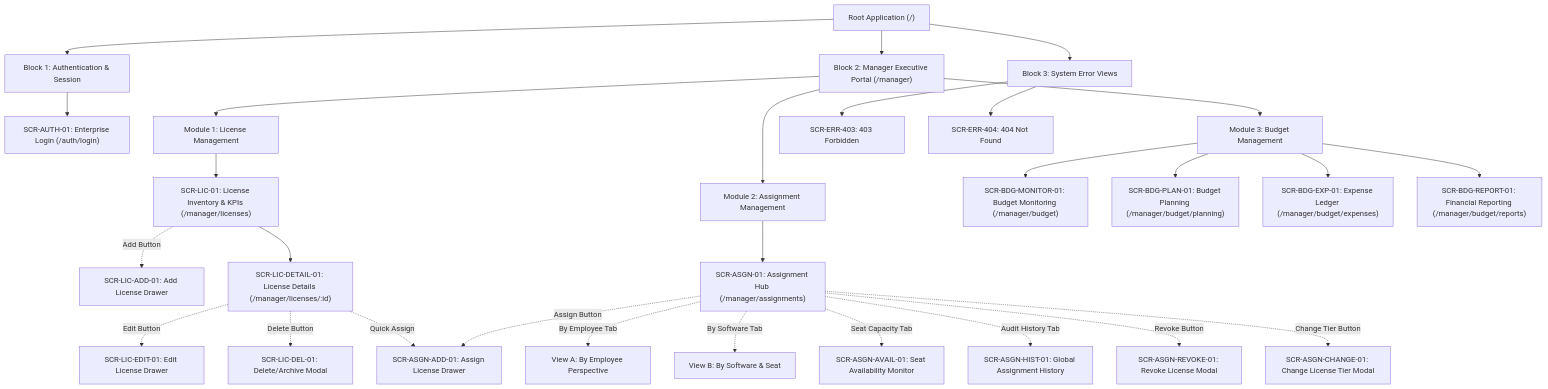
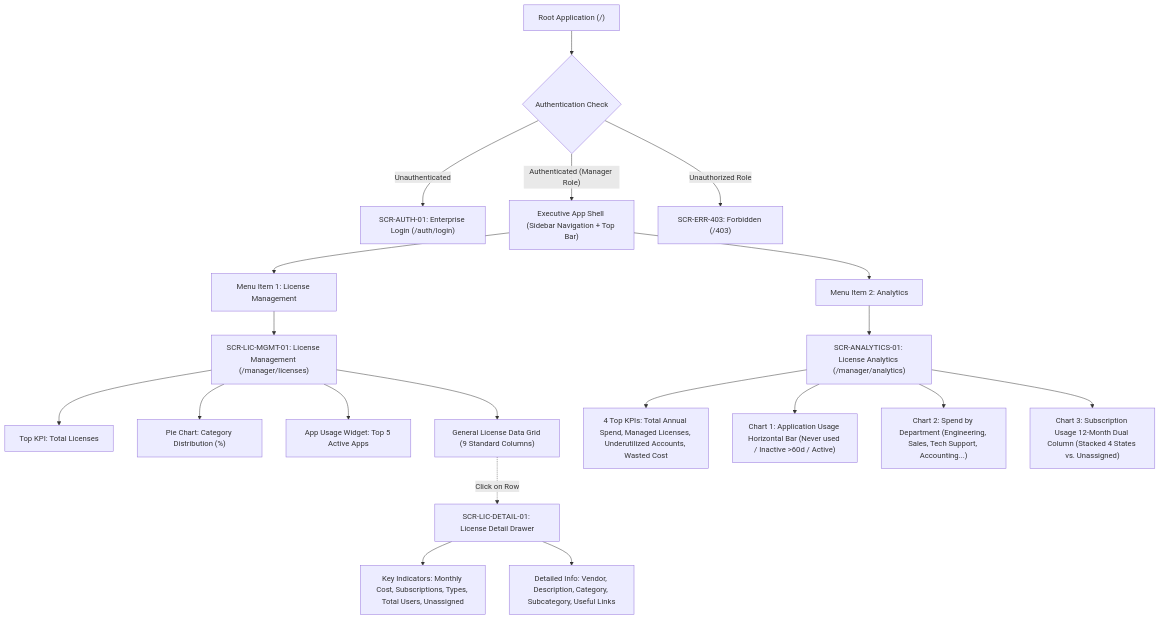
One commit to cuonglpv/VFast changed the first of 2 diagrams in docs/04-information-architecture-manager.md. Above: the diagram before and after it, drawn with Mermaid. The commit also changed other lines of this file and 1 other file, not shown here.

Commit message:
docs: redefine UI/UX information architecture into 2 focused views (License Management & Analytics)

````diff
--- a/docs/04-information-architecture-manager.md
+++ b/docs/04-information-architecture-manager.md
@@ -54,43 +61,26 @@
 ```mermaid
 flowchart TD
-    Root["Root Application (/)"] --> L1_Auth["Block 1: Authentication & Session"]
-    Root --> L1_Manager["Block 2: Manager Executive Portal (/manager)"]
-    Root --> L1_Error["Block 3: System Error Views"]
+    Root["Root Application (/)"] --> AuthCheck{"Authentication Check"}
+    AuthCheck -->|"Unauthenticated"| SCR_AUTH["SCR-AUTH-01: Enterprise Login (/auth/login)"]
+    AuthCheck -->|"Authenticated (Manager Role)"| Shell["Executive App Shell (Sidebar Navigation + Top Bar)"]
+    AuthCheck -->|"Unauthorized Role"| SCR_403["SCR-ERR-403: Forbidden (/403)"]
 
-    %% Block 1: Auth
-    L1_Auth --> SCR_AUTH_01["SCR-AUTH-01: Enterprise Login (/auth/login)"]
+    Shell --> Nav1["Menu Item 1: License Management"]
+    Shell --> Nav2["Menu Item 2: Analytics"]
 
-    %% Block 2: Manager Shell
-    L1_Manager --> M1_Hub["Module 1: License Management"]
-    L1_Manager --> M2_Hub["Module 2: Assignment Management"]
-    L1_Manager --> M3_Hub["Module 3: Budget Management"]
+    Nav1 --> SCR_LIC_MGMT["SCR-LIC-MGMT-01: License Management (/manager/licenses)"]
+    SCR_LIC_MGMT --> Sub_KPI1["Top KPI: Total Licenses"]
+    SCR_LIC_MGMT --> Sub_Pie["Pie Chart: Category Distribution (%)"]
+    SCR_LIC_MGMT --> Sub_Top5["App Usage Widget: Top 5 Active Apps"]
+    SCR_LIC_MGMT --> Sub_Table["General License Data Grid (9 Standard Columns)"]
 
-    %% Module 1 Sub-views
-    M1_Hub --> SCR_LIC_01["SCR-LIC-01: License Inventory & KPIs (/manager/licenses)"]
-    SCR_LIC_01 -.->|"Add Button"| SCR_LIC_ADD_01["SCR-LIC-ADD-01: Add License Drawer"]
-    SCR_LIC_01 --> SCR_LIC_DETAIL_01["SCR-LIC-DETAIL-01: License Details (/manager/licenses/:id)"]
-    SCR_LIC_DETAIL_01 -.->|"Edit Button"| SCR_LIC_EDIT_01["SCR-LIC-EDIT-01: Edit License Drawer"]
-    SCR_LIC_DETAIL_01 -.->|"Delete Button"| SCR_LIC_DEL_01["SCR-LIC-DEL-01: Delete/Archive Modal"]
-    SCR_LIC_DETAIL_01 -.->|"Quick Assign"| SCR_ASGN_ADD_01
+    Sub_Table -.->|"Click on Row"| SCR_LIC_DETAIL["SCR-LIC-DETAIL-01: License Detail Drawer"]
+    SCR_LIC_DETAIL --> Det_Key["Key Indicators: Monthly Cost, Subscriptions, Types, Total Users, Unassigned"]
+    SCR_LIC_DETAIL --> Det_Info["Detailed Info: Vendor, Description, Category, Subcategory, Useful Links"]
 
-    %% Module 2 Sub-views
-    M2_Hub --> SCR_ASGN_01["SCR-ASGN-01: Assignment Hub (/manager/assignments)"]
-    SCR_ASGN_01 -.->|"By Employee Tab"| SCR_ASGN_01_A["View A: By Employee Perspective"]
-    SCR_ASGN_01 -.->|"By Software Tab"| SCR_ASGN_01_B["View B: By Software & Seat"]
-    SCR_ASGN_01 -.->|"Seat Capacity Tab"| SCR_ASGN_AVAIL_01["SCR-ASGN-AVAIL-01: Seat Availability Monitor"]
-    SCR_ASGN_01 -.->|"Audit History Tab"| SCR_ASGN_HIST_01["SCR-ASGN-HIST-01: Global Assignment History"]
-
-    SCR_ASGN_01 -.->|"Assign Button"| SCR_ASGN_ADD_01["SCR-ASGN-ADD-01: Assign License Drawer"]
-    SCR_ASGN_01 -.->|"Revoke Button"| SCR_ASGN_REVOKE_01["SCR-ASGN-REVOKE-01: Revoke License Modal"]
-    SCR_ASGN_01 -.->|"Change Tier Button"| SCR_ASGN_CHANGE_01["SCR-ASGN-CHANGE-01: Change License Tier Modal"]
-
-    %% Module 3 Sub-views
-    M3_Hub --> SCR_BDG_MONITOR_01["SCR-BDG-MONITOR-01: Budget Monitoring (/manager/budget)"]
-    M3_Hub --> SCR_BDG_PLAN_01["SCR-BDG-PLAN-01: Budget Planning (/manager/budget/planning)"]
-    M3_Hub --> SCR_BDG_EXP_01["SCR-BDG-EXP-01: Expense Ledger (/manager/budget/expenses)"]
-    M3_Hub --> SCR_BDG_REPORT_01["SCR-BDG-REPORT-01: Financial Reporting (/manager/budget/reports)"]
-
-    %% Block 3: Error
-    L1_Error --> SCR_ERR_403["SCR-ERR-403: 403 Forbidden"]
-    L1_Error --> SCR_ERR_404["SCR-ERR-404: 404 Not Found"]
+    Nav2 --> SCR_ANALYTICS["SCR-ANALYTICS-01: License Analytics (/manager/analytics)"]
+    SCR_ANALYTICS --> Ana_KPIs["4 Top KPIs: Total Annual Spend, Managed Licenses, Underutilized Accounts, Wasted Cost"]
+    SCR_ANALYTICS --> Ana_Chart1["Chart 1: Application Usage Horizontal Bar (Never used / Inactive >60d / Active)"]
+    SCR_ANALYTICS --> Ana_Chart2["Chart 2: Spend by Department (Engineering, Sales, Tech Support, Accounting...)"]
+    SCR_ANALYTICS --> Ana_Chart3["Chart 3: Subscription Usage 12-Month Dual Column (Stacked 4 States vs. Unassigned)"]
 ```
````
